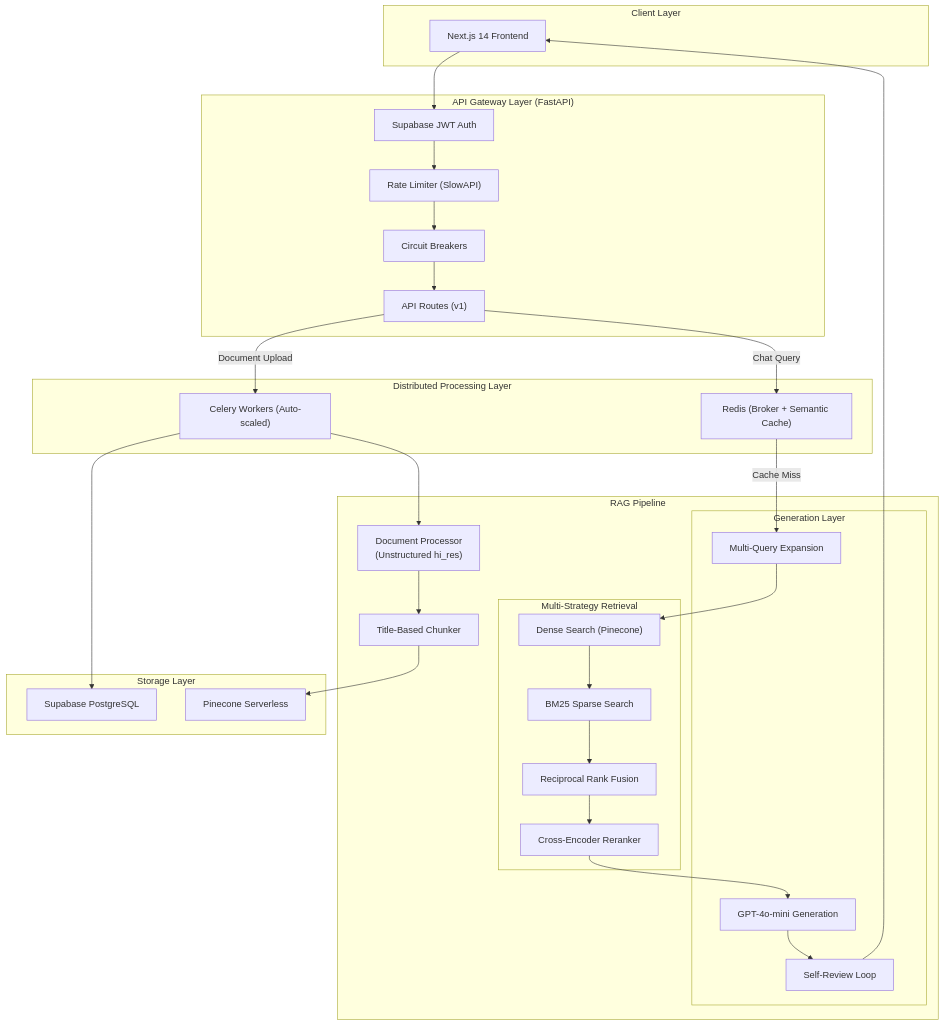
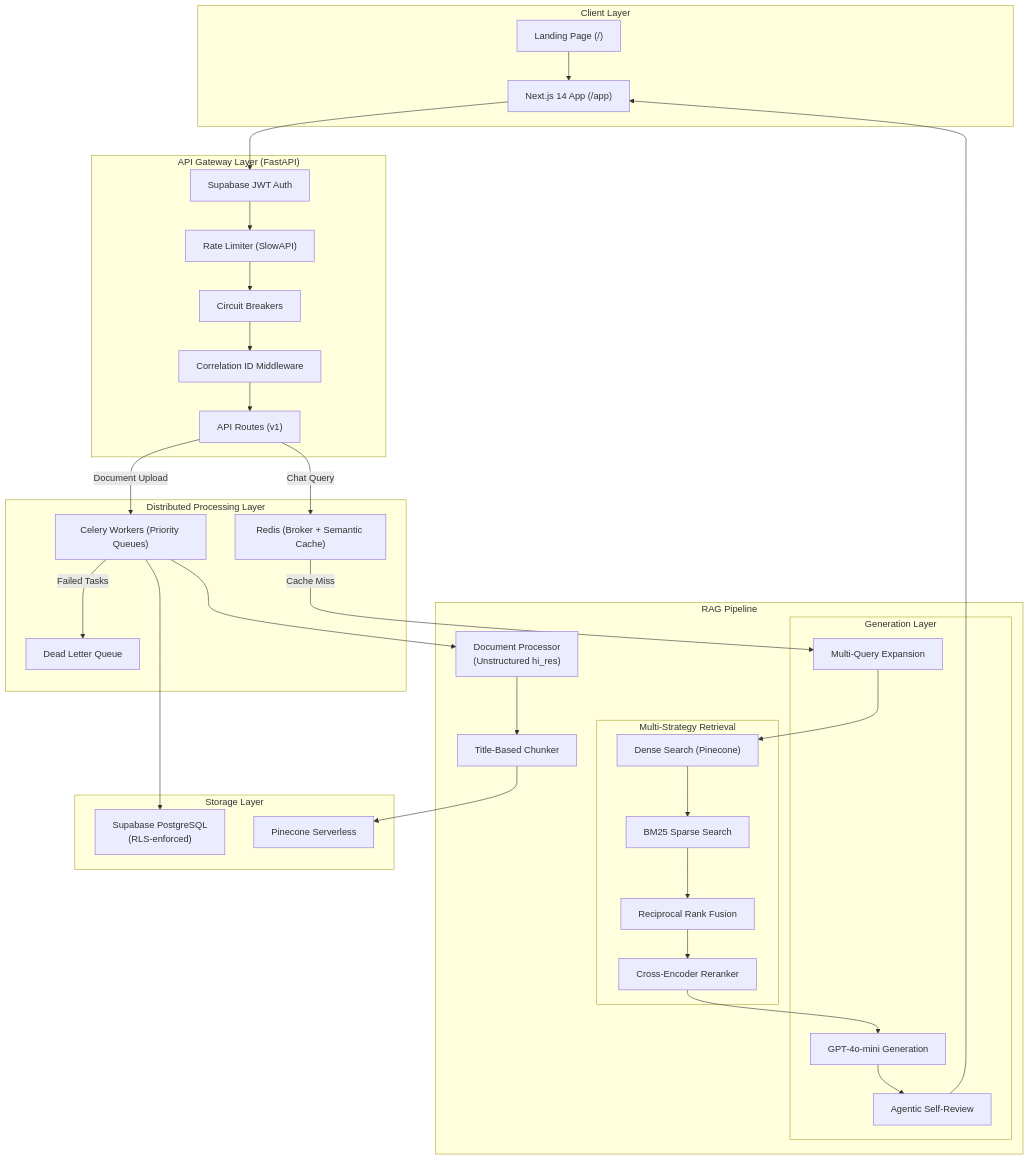
Before and after one commit to Jeel3011/DocQuery: the diagram in README.md, drawn with Mermaid. The commit also changed other lines of this file and 18 other files, not shown here.

````diff
--- a/README.md
+++ b/README.md
@@ -62,50 +51,55 @@
 ```mermaid
 graph TB
     subgraph Client["Client Layer"]
-        UI["Next.js 14 Frontend"]
+        LP["Landing Page (/)"]
+        UI["Next.js 14 App (/app)"]
     end
 
     subgraph API["API Gateway Layer (FastAPI)"]
         AUTH["Supabase JWT Auth"]
         RL["Rate Limiter (SlowAPI)"]
         CB["Circuit Breakers"]
+        CID["Correlation ID Middleware"]
         ROUTES["API Routes (v1)"]
     end
 
     subgraph Processing["Distributed Processing Layer"]
         REDIS["Redis (Broker + Semantic Cache)"]
-        CELERY["Celery Workers (Auto-scaled)"]
+        CELERY["Celery Workers (Priority Queues)"]
+        DLQ["Dead Letter Queue"]
     end
 
     subgraph RAG["RAG Pipeline"]
         INGEST["Document Processor\n(Unstructured hi_res)"]
         CHUNK["Title-Based Chunker"]
         
         subgraph Retrieval["Multi-Strategy Retrieval"]
             DENSE["Dense Search (Pinecone)"]
             BM25["BM25 Sparse Search"]
             RRF["Reciprocal Rank Fusion"]
             RERANK["Cross-Encoder Reranker"]
         end
         
         subgraph Generation["Generation Layer"]
             MQ["Multi-Query Expansion"]
             GEN["GPT-4o-mini Generation"]
-            REVIEW["Self-Review Loop"]
+            REVIEW["Agentic Self-Review"]
         end
     end
 
     subgraph Storage["Storage Layer"]
-        SUPA["Supabase PostgreSQL"]
+        SUPA["Supabase PostgreSQL\n(RLS-enforced)"]
         PINE["Pinecone Serverless"]
     end
 
-    UI --> AUTH --> RL --> CB --> ROUTES
+    LP --> UI
+    UI --> AUTH --> RL --> CB --> CID --> ROUTES
     ROUTES -->|"Chat Query"| REDIS
     ROUTES -->|"Document Upload"| CELERY
     CELERY --> INGEST --> CHUNK --> PINE
+    CELERY -->|"Failed Tasks"| DLQ
     REDIS -->|"Cache Miss"| MQ --> DENSE
     DENSE --> BM25 --> RRF --> RERANK --> GEN --> REVIEW
     REVIEW --> UI
     CELERY --> SUPA
 ```
````
